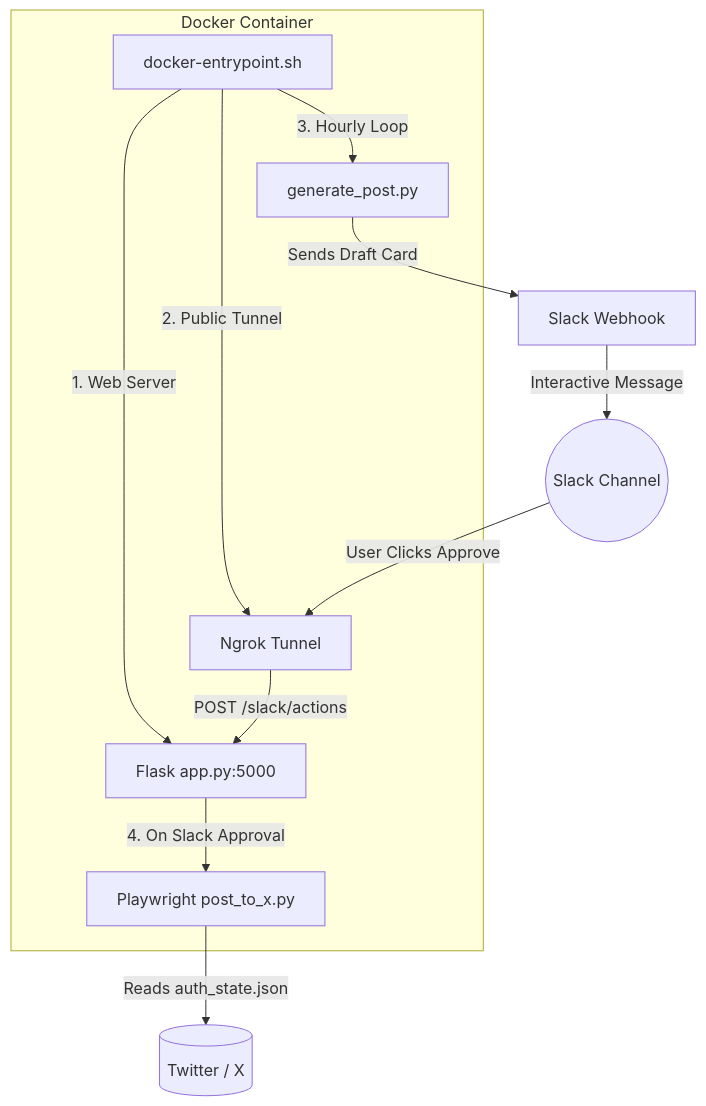
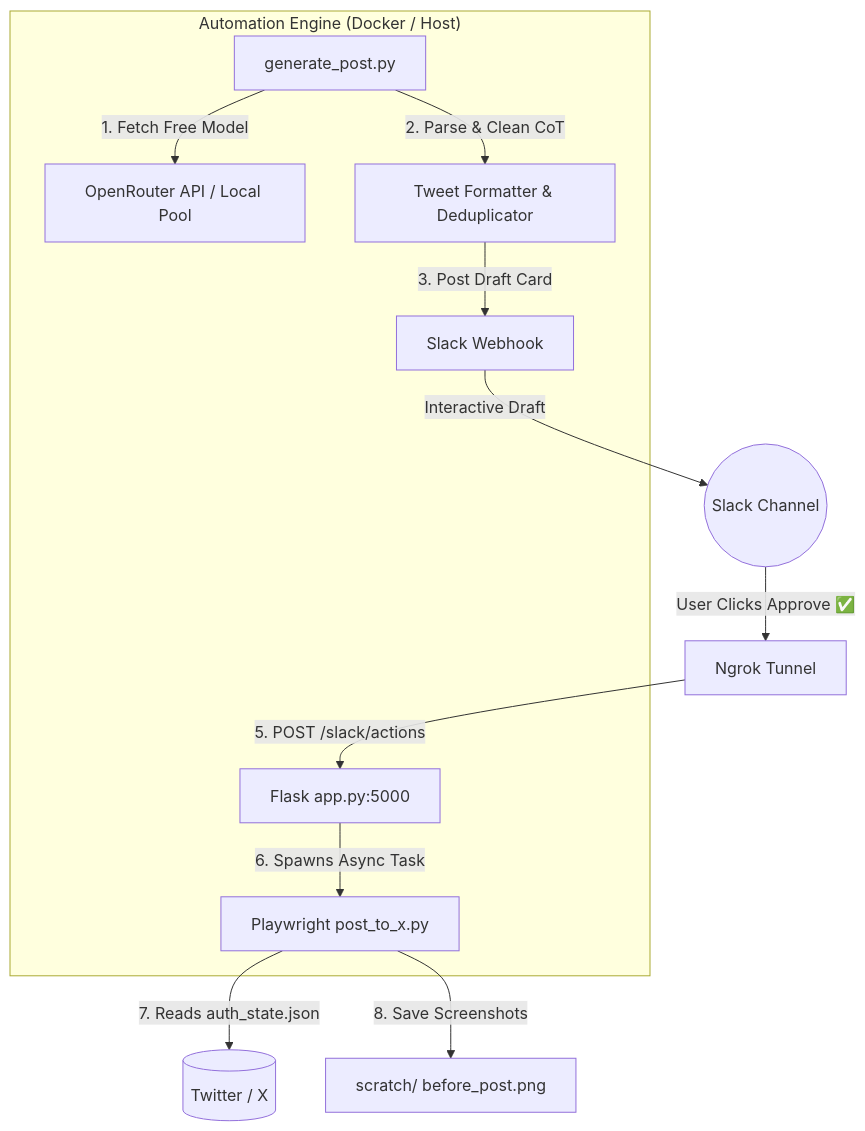
The diagram in README.md (ravixpanchal/x-post-automation), drawn with Mermaid before and after one commit. The commit also changed other lines of this file and 3 other files, not shown here.

Commit message:
Add OpenRouter API integration, update documentation and clean repository

````diff
--- a/README.md
+++ b/README.md
@@ -25,15 +28,17 @@
 ```mermaid
 graph TD
-    subgraph "Docker Container"
-        Entrypoint[docker-entrypoint.sh] -->|1. Web Server| Flask[Flask app.py:5000]
-        Entrypoint -->|2. Public Tunnel| Ngrok[Ngrok Tunnel]
-        Entrypoint -->|3. Hourly Loop| Gen[generate_post.py]
-        Flask -->|4. On Slack Approval| Playwright[Playwright post_to_x.py]
+    subgraph "Automation Engine (Docker / Host)"
+        Gen[generate_post.py] -->|1. Fetch Free Model| OpenRouter[OpenRouter API / Local Pool]
+        Gen -->|2. Parse & Clean CoT| Filter[Tweet Formatter & Deduplicator]
+        Filter -->|3. Post Draft Card| SlackWebhook[Slack Webhook]
+        
+        Flask[Flask app.py:5000] -->|6. Spawns Async Task| Playwright[Playwright post_to_x.py]
     end
 
-    Gen -->|Sends Draft Card| SlackAPI[Slack Webhook]
-    SlackAPI -->|Interactive Message| SlackChannel((Slack Channel))
-    SlackChannel -->|User Clicks Approve| Ngrok
-    Ngrok -->|POST /slack/actions| Flask
-    Playwright -->|Reads auth_state.json| X[(Twitter / X)]
+    SlackWebhook -->|Interactive Draft| SlackChannel((Slack Channel))
+    SlackChannel -->|User Clicks Approve ✅| Ngrok[Ngrok Tunnel]
+    Ngrok -->|5. POST /slack/actions| Flask
+    
+    Playwright -->|7. Reads auth_state.json| X[(Twitter / X)]
+    Playwright -->|8. Save Screenshots| Scratch[scratch/ before_post.png]
 ```
````
